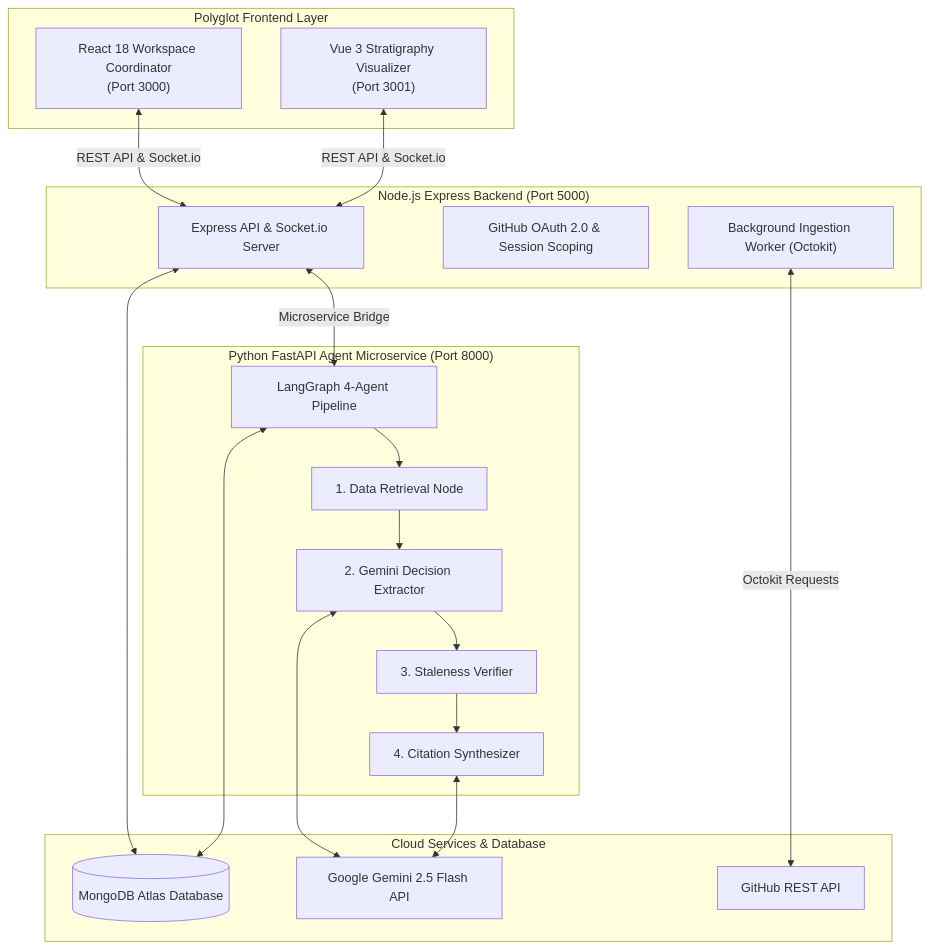
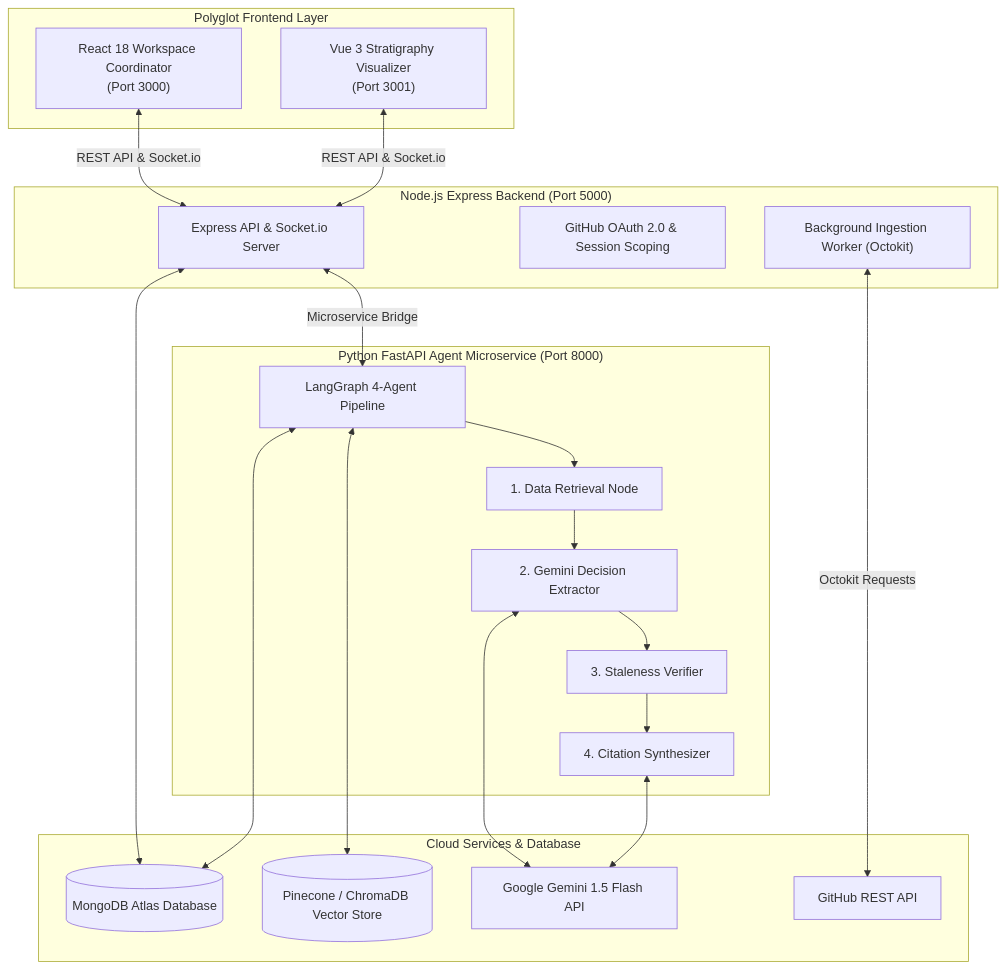
Before and after one commit to Siva-2517/Chronicle: the diagram in README.md, drawn with Mermaid. The commit also changed other lines of this file and 17 other files, not shown here.

Commit message:
feat: implement Pinecone vector retrieval with Chroma fallback and harden microservices

````diff
--- a/README.md
+++ b/README.md
@@ -69,34 +70,36 @@
 ```mermaid
 flowchart TD
     subgraph UI ["Polyglot Frontend Layer"]
         ReactUI["React 18 Workspace Coordinator<br/>(Port 3000)"]
         VueUI["Vue 3 Stratigraphy Visualizer<br/>(Port 3001)"]
     end
 
     subgraph Backend ["Node.js Express Backend (Port 5000)"]
         ExpressServer["Express API & Socket.io Server"]
         OAuthService["GitHub OAuth 2.0 & Session Scoping"]
         IngestionWorker["Background Ingestion Worker (Octokit)"]
     end
 
     subgraph Agent ["Python FastAPI Agent Microservice (Port 8000)"]
         LangGraph["LangGraph 4-Agent Pipeline"]
         RetrievalNode["1. Data Retrieval Node"]
         ExtractionNode["2. Gemini Decision Extractor"]
         StalenessNode["3. Staleness Verifier"]
         SynthesisNode["4. Citation Synthesizer"]
     end
 
     subgraph Storage ["Cloud Services & Database"]
         MongoDB[("MongoDB Atlas Database")]
-        GeminiAPI["Google Gemini 2.5 Flash API"]
+        VectorStore[("Pinecone / ChromaDB Vector Store")]
+        GeminiAPI["Google Gemini 1.5 Flash API"]
         GitHubAPI["GitHub REST API"]
     end
 
     ReactUI & VueUI <-->|REST API & Socket.io| ExpressServer
     ExpressServer <-->|Microservice Bridge| LangGraph
     IngestionWorker <-->|Octokit Requests| GitHubAPI
     LangGraph --> RetrievalNode --> ExtractionNode --> StalenessNode --> SynthesisNode
     ExtractionNode & SynthesisNode <--> GeminiAPI
     ExpressServer & LangGraph <--> MongoDB
+    LangGraph <--> VectorStore
 ```
````
